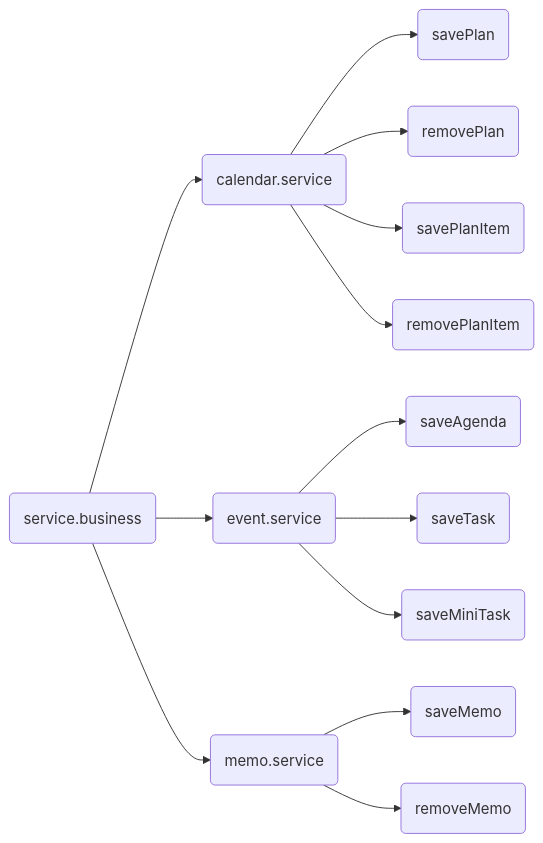
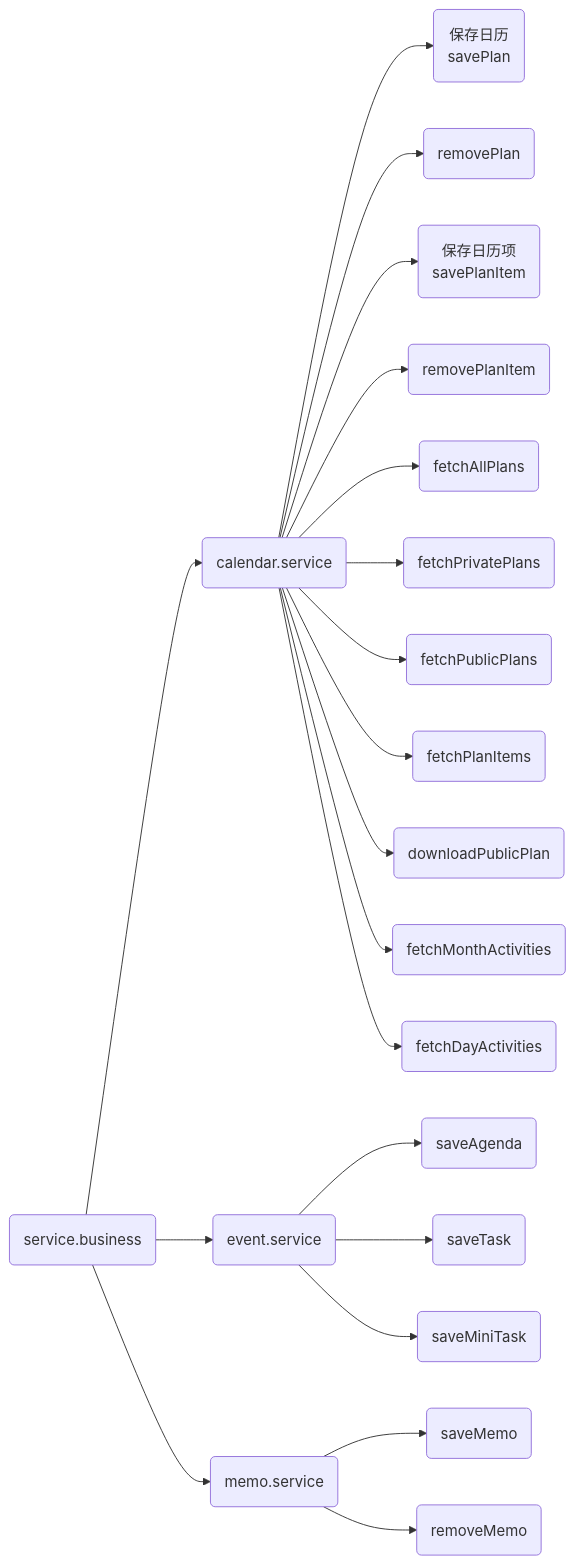
Before and after one commit to XJ-GTD/GTD2: the diagram in docs/design/services.md, drawn with Mermaid.

Commit message:
更新文档

````diff
--- a/docs/design/services.md
+++ b/docs/design/services.md
@@ -1,15 +1,22 @@
 ```mermaid
 graph LR;
 A(service.business) --> B(calendar.service);
-B --> B1(savePlan);
+B --> B1(保存日历<br/>savePlan);
 B --> B2(removePlan);
-B --> B3(savePlanItem);
+B --> B3(保存日历项<br/>savePlanItem);
 B --> B4(removePlanItem);
+B --> B5(fetchAllPlans);
+B --> B6(fetchPrivatePlans);
+B --> B7(fetchPublicPlans);
+B --> B8(fetchPlanItems);
+B --> B9(downloadPublicPlan);
+B --> B10(fetchMonthActivities);
+B --> B11(fetchDayActivities);
 A(service.business) --> C(event.service);
 C --> C1(saveAgenda);
 C --> C2(saveTask);
 C --> C3(saveMiniTask);
 A(service.business) --> D(memo.service);
 D --> D1(saveMemo);
 D --> D2(removeMemo);
 ```
````
